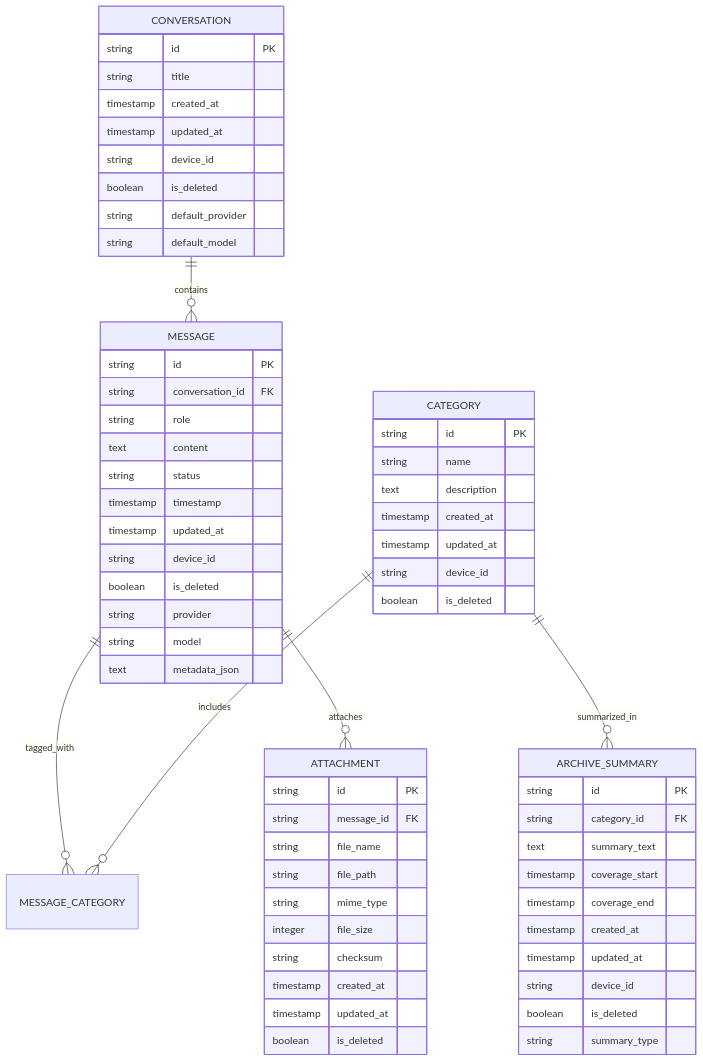
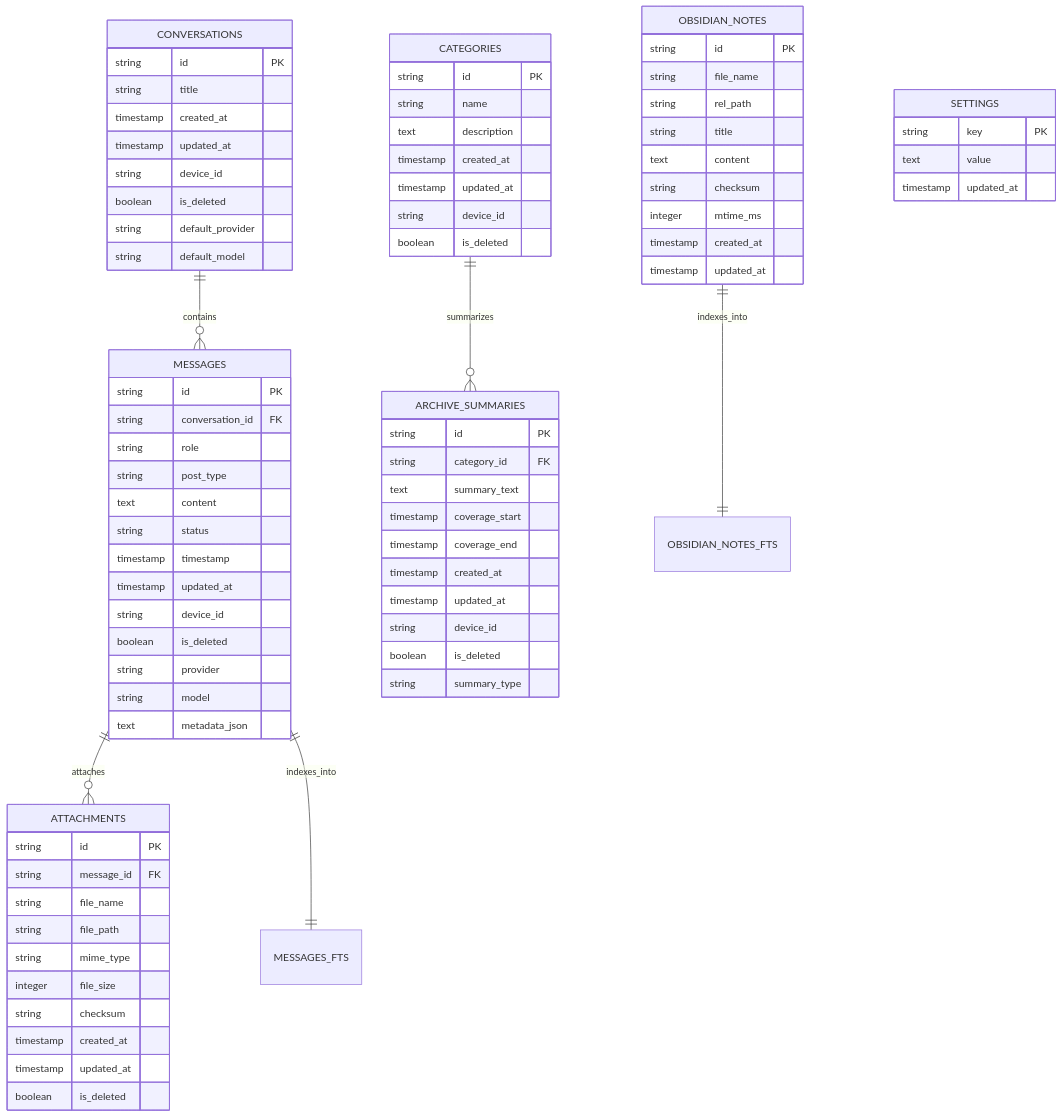
Before and after one commit to DeanEGardiner/PersonalAIArchive: the first of 6 diagrams in System_Architecture_and_Processes.md, drawn with Mermaid. The commit also changed other lines of this file and 23 other files, not shown here.

````diff
--- a/System_Architecture_and_Processes.md
+++ b/System_Architecture_and_Processes.md
@@ -87,12 +130,12 @@
 ```mermaid
 erDiagram
-    CONVERSATION ||--o{ MESSAGE : contains
-    MESSAGE ||--o{ MESSAGE_CATEGORY : tagged_with
-    CATEGORY ||--o{ MESSAGE_CATEGORY : includes
-    CATEGORY ||--o{ ARCHIVE_SUMMARY : summarized_in
-    MESSAGE ||--o{ ATTACHMENT : attaches
+    CONVERSATIONS ||--o{ MESSAGES : contains
+    MESSAGES ||--o{ ATTACHMENTS : attaches
+    CATEGORIES ||--o{ ARCHIVE_SUMMARIES : summarizes
+    OBSIDIAN_NOTES ||--|| OBSIDIAN_NOTES_FTS : indexes_into
+    MESSAGES ||--|| MESSAGES_FTS : indexes_into
 
-    CONVERSATION {
+    CONVERSATIONS {
         string id PK
         string title
         timestamp created_at
@@ -103,10 +146,11 @@
         string default_model
     }
 
-    MESSAGE {
+    MESSAGES {
         string id PK
         string conversation_id FK
         string role
+        string post_type
         text content
         string status
         timestamp timestamp
@@ -118,7 +162,7 @@
         text metadata_json
     }
 
-    ATTACHMENT {
+    ATTACHMENTS {
         string id PK
         string message_id FK
         string file_name
@@ -131,7 +175,7 @@
         boolean is_deleted
     }
 
-    CATEGORY {
+    CATEGORIES {
         string id PK
         string name
         text description
@@ -141,7 +185,7 @@
         boolean is_deleted
     }
 
-    ARCHIVE_SUMMARY {
+    ARCHIVE_SUMMARIES {
         string id PK
         string category_id FK
         text summary_text
@@ -153,4 +197,22 @@
         boolean is_deleted
         string summary_type
     }
+
+    OBSIDIAN_NOTES {
+        string id PK
+        string file_name
+        string rel_path
+        string title
+        text content
+        string checksum
+        integer mtime_ms
+        timestamp created_at
+        timestamp updated_at
+    }
+
+    SETTINGS {
+        string key PK
+        text value
+        timestamp updated_at
+    }
 ```
````
